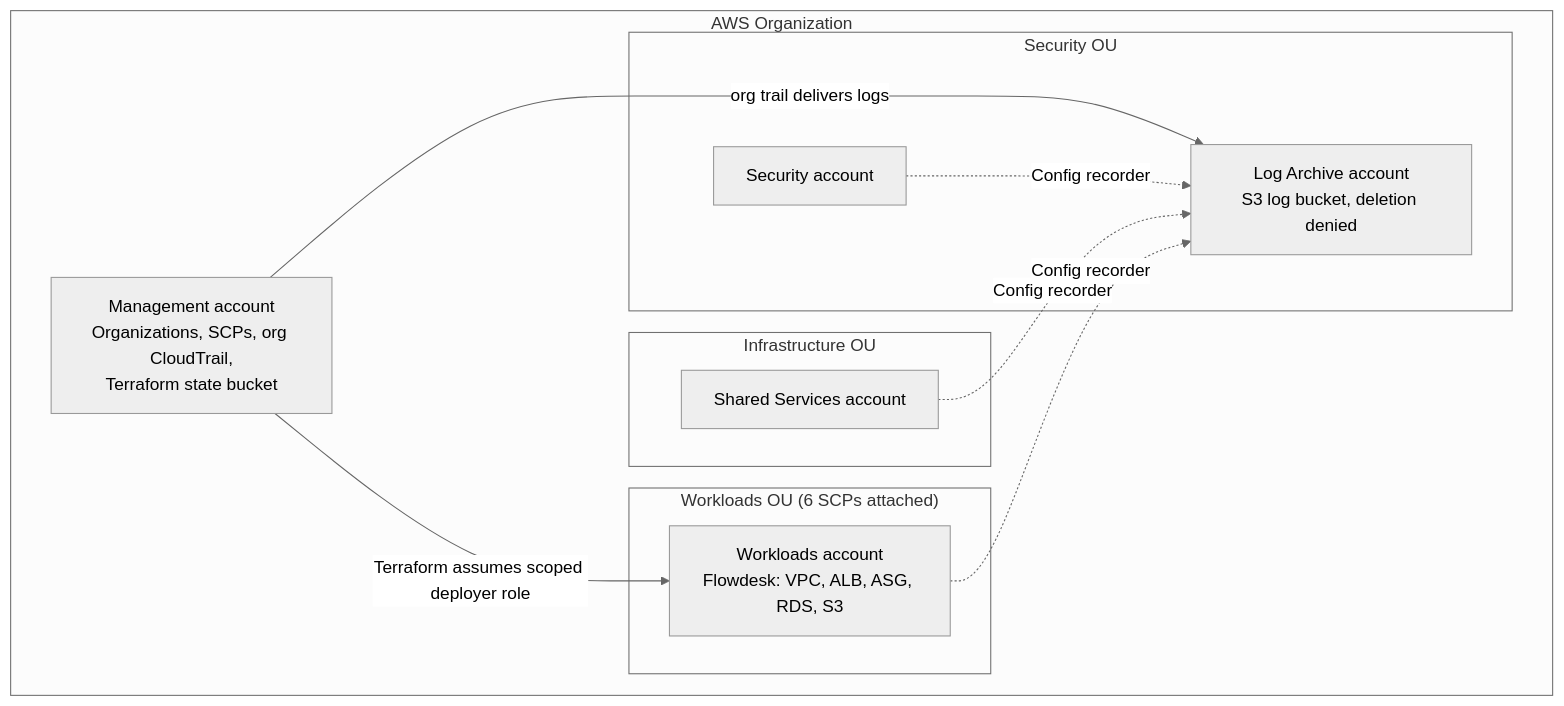
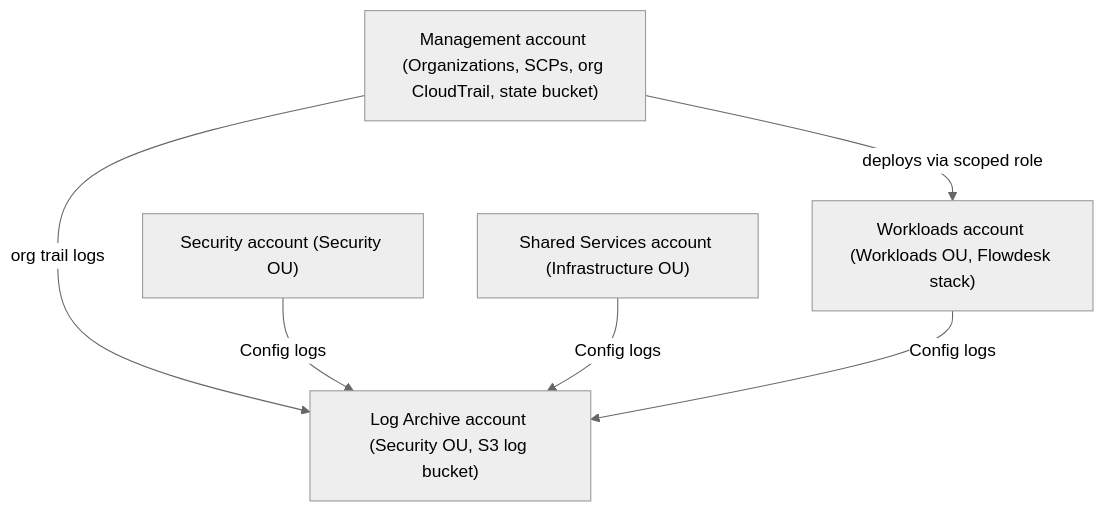
Before and after one commit to nicolemarise/flowdesk-landing-zone: the diagram in README.md, drawn with Mermaid (neutral theme).

Commit message:
Revise AWS Organization flowchart in README (#15)
Updated the flowchart in the README to enhance clarity and detail about the AWS Organization structure.

````diff
--- a/README.md
+++ b/README.md
@@ -15,21 +15,13 @@
 ```mermaid
 flowchart TB
-    subgraph ORG["AWS Organization"]
-        MGMT["Management account<br/>Organizations, SCPs, org CloudTrail,<br/>Terraform state bucket"]
-        subgraph SEC["Security OU"]
-            S1["Security account"]
-            S2["Log Archive account<br/>S3 log bucket, deletion denied"]
-        end
-        subgraph INF["Infrastructure OU"]
-            I1["Shared Services account"]
-        end
-        subgraph WL["Workloads OU (6 SCPs attached)"]
-            W1["Workloads account<br/>Flowdesk: VPC, ALB, ASG, RDS, S3"]
-        end
-    end
-    MGMT -->|"org trail delivers logs"| S2
-    S1 -.->|"Config recorder"| S2
-    I1 -.->|"Config recorder"| S2
-    W1 -.->|"Config recorder"| S2
-    MGMT -->|"Terraform assumes scoped deployer role"| W1
+    MGMT["Management account (Organizations, SCPs, org CloudTrail, state bucket)"]
+    S1["Security account (Security OU)"]
+    S2["Log Archive account (Security OU, S3 log bucket)"]
+    I1["Shared Services account (Infrastructure OU)"]
+    W1["Workloads account (Workloads OU, Flowdesk stack)"]
+    MGMT -->|"org trail logs"| S2
+    S1 -->|"Config logs"| S2
+    I1 -->|"Config logs"| S2
+    W1 -->|"Config logs"| S2
+    MGMT -->|"deploys via scoped role"| W1
 ```
````
